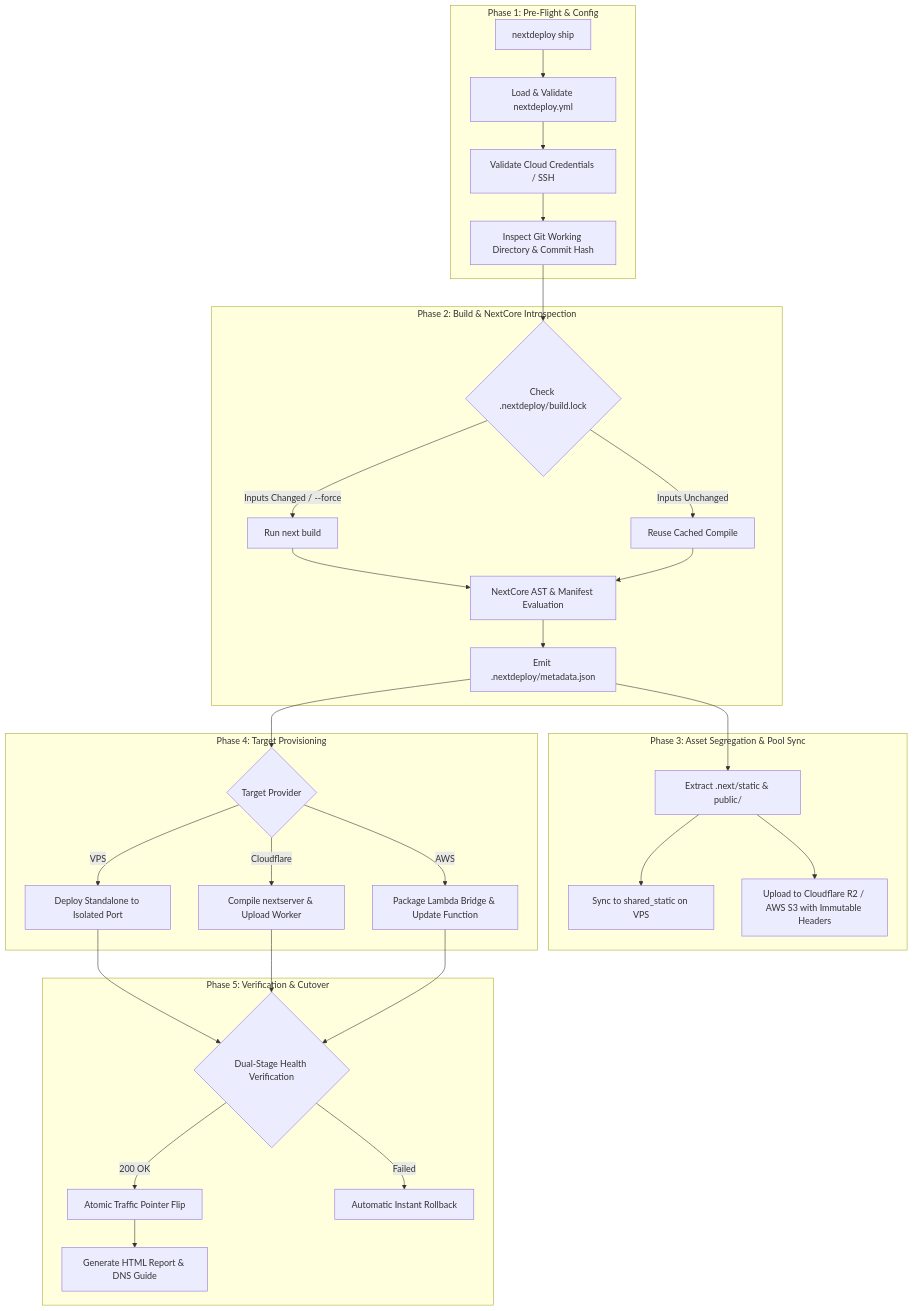
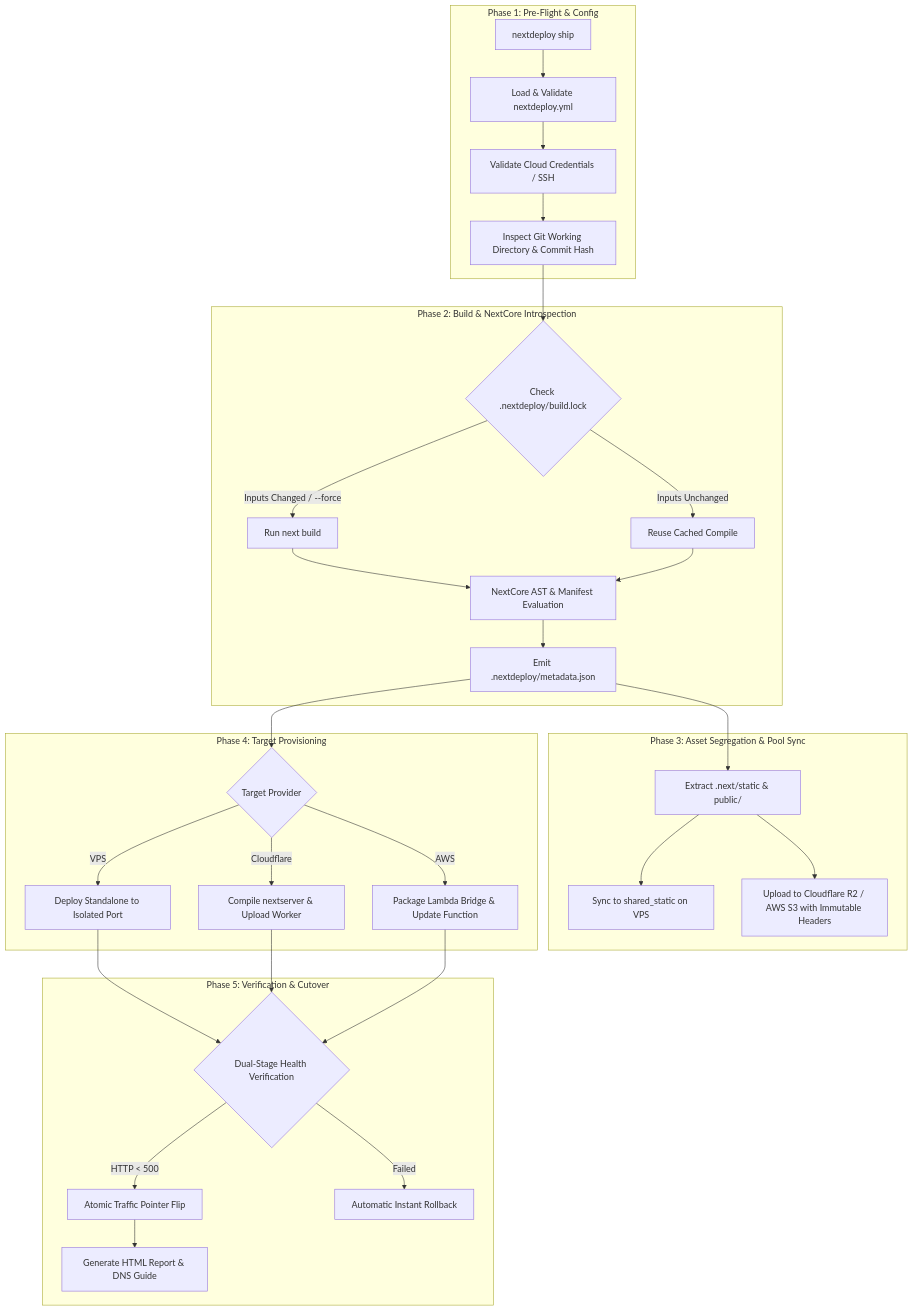
Before and after one commit to aynaash/NextDeploy: the diagram in frontend/content/docs/concepts/how-it-works.md, drawn with Mermaid. The commit also changed 53 other files, not shown here.

First line of the commit message:
feat(frontend): redesign responsive landing page, fix docs diagrams and KV guard config

````diff
--- a/frontend/content/docs/concepts/how-it-works.md
+++ b/frontend/content/docs/concepts/how-it-works.md
@@ -31,39 +31,39 @@
 ```mermaid
 flowchart TD
-    subgraph Phase 1: Pre-Flight & Config
-        A[nextdeploy ship] --> Config[Load & Validate nextdeploy.yml]
-        Config --> Creds[Validate Cloud Credentials / SSH]
-        Creds --> GitCheck[Inspect Git Working Directory & Commit Hash]
+    subgraph Phase1 ["Phase 1: Pre-Flight & Config"]
+        A["nextdeploy ship"] --> Config["Load & Validate nextdeploy.yml"]
+        Config --> Creds["Validate Cloud Credentials / SSH"]
+        Creds --> GitCheck["Inspect Git Working Directory & Commit Hash"]
     end
 
-    subgraph Phase 2: Build & NextCore Introspection
-        GitCheck --> LockCheck{Check .nextdeploy/build.lock}
-        LockCheck -->|Inputs Unchanged| CacheHit[Reuse Cached Compile]
-        LockCheck -->|Inputs Changed / --force| Build[Run next build]
-        Build --> Core[NextCore AST & Manifest Evaluation]
+    subgraph Phase2 ["Phase 2: Build & NextCore Introspection"]
+        GitCheck --> LockCheck{"Check .nextdeploy/build.lock"}
+        LockCheck -->|"Inputs Unchanged"| CacheHit["Reuse Cached Compile"]
+        LockCheck -->|"Inputs Changed / --force"| Build["Run next build"]
+        Build --> Core["NextCore AST & Manifest Evaluation"]
         CacheHit --> Core
-        Core --> Meta[Emit .nextdeploy/metadata.json]
+        Core --> Meta["Emit .nextdeploy/metadata.json"]
     end
 
-    subgraph Phase 3: Asset Segregation & Pool Sync
-        Meta --> Split[Extract .next/static & public/]
-        Split --> VPS_Pool[Sync to shared_static on VPS]
-        Split --> R2_S3[Upload to Cloudflare R2 / AWS S3 with Immutable Headers]
+    subgraph Phase3 ["Phase 3: Asset Segregation & Pool Sync"]
+        Meta --> Split["Extract .next/static & public/"]
+        Split --> VPS_Pool["Sync to shared_static on VPS"]
+        Split --> R2_S3["Upload to Cloudflare R2 / AWS S3 with Immutable Headers"]
     end
 
-    subgraph Phase 4: Target Provisioning
-        Meta --> Prov{Target Provider}
-        Prov -->|VPS| VPS_Stage[Deploy Standalone to Isolated Port]
-        Prov -->|Cloudflare| CF_Stage[Compile nextserver & Upload Worker]
-        Prov -->|AWS| AWS_Stage[Package Lambda Bridge & Update Function]
+    subgraph Phase4 ["Phase 4: Target Provisioning"]
+        Meta --> Prov{"Target Provider"}
+        Prov -->|"VPS"| VPS_Stage["Deploy Standalone to Isolated Port"]
+        Prov -->|"Cloudflare"| CF_Stage["Compile nextserver & Upload Worker"]
+        Prov -->|"AWS"| AWS_Stage["Package Lambda Bridge & Update Function"]
     end
 
-    subgraph Phase 5: Verification & Cutover
-        VPS_Stage --> Probe{Dual-Stage Health Verification}
+    subgraph Phase5 ["Phase 5: Verification & Cutover"]
+        VPS_Stage --> Probe{"Dual-Stage Health Verification"}
         CF_Stage --> Probe
         AWS_Stage --> Probe
-        Probe -->|200 OK| Cutover[Atomic Traffic Pointer Flip]
-        Probe -->|Failed| Rollback[Automatic Instant Rollback]
-        Cutover --> Report[Generate HTML Report & DNS Guide]
+        Probe -->|"HTTP < 500"| Cutover["Atomic Traffic Pointer Flip"]
+        Probe -->|"Failed"| Rollback["Automatic Instant Rollback"]
+        Cutover --> Report["Generate HTML Report & DNS Guide"]
     end
 ```
````
